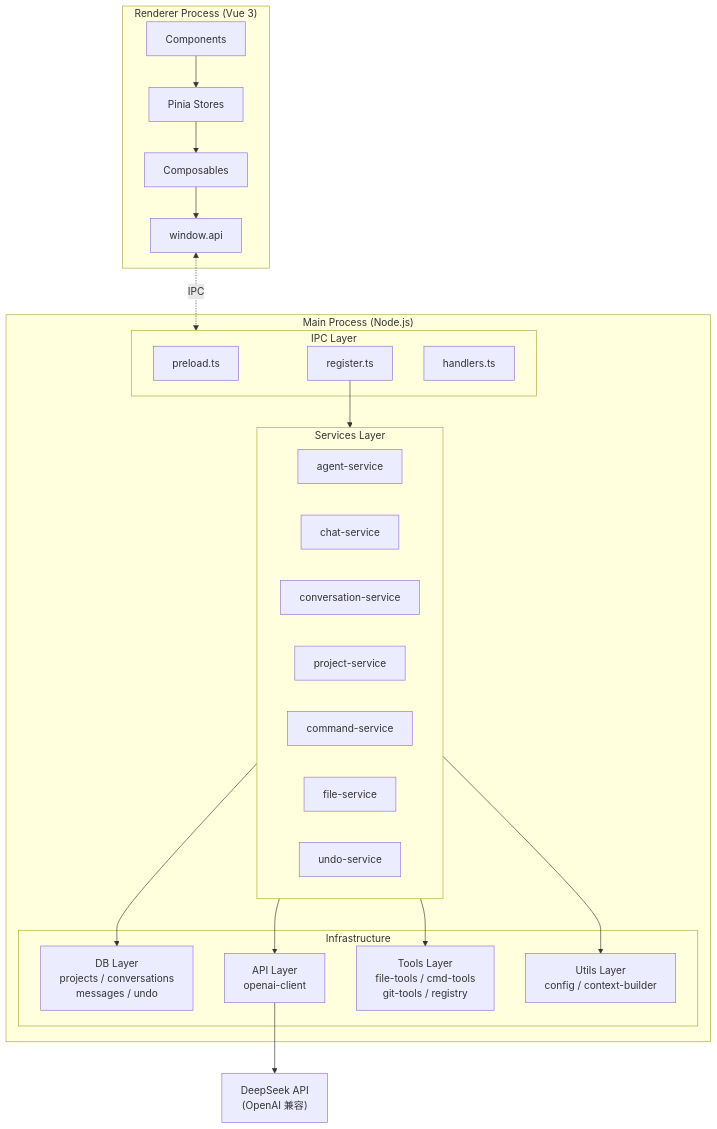
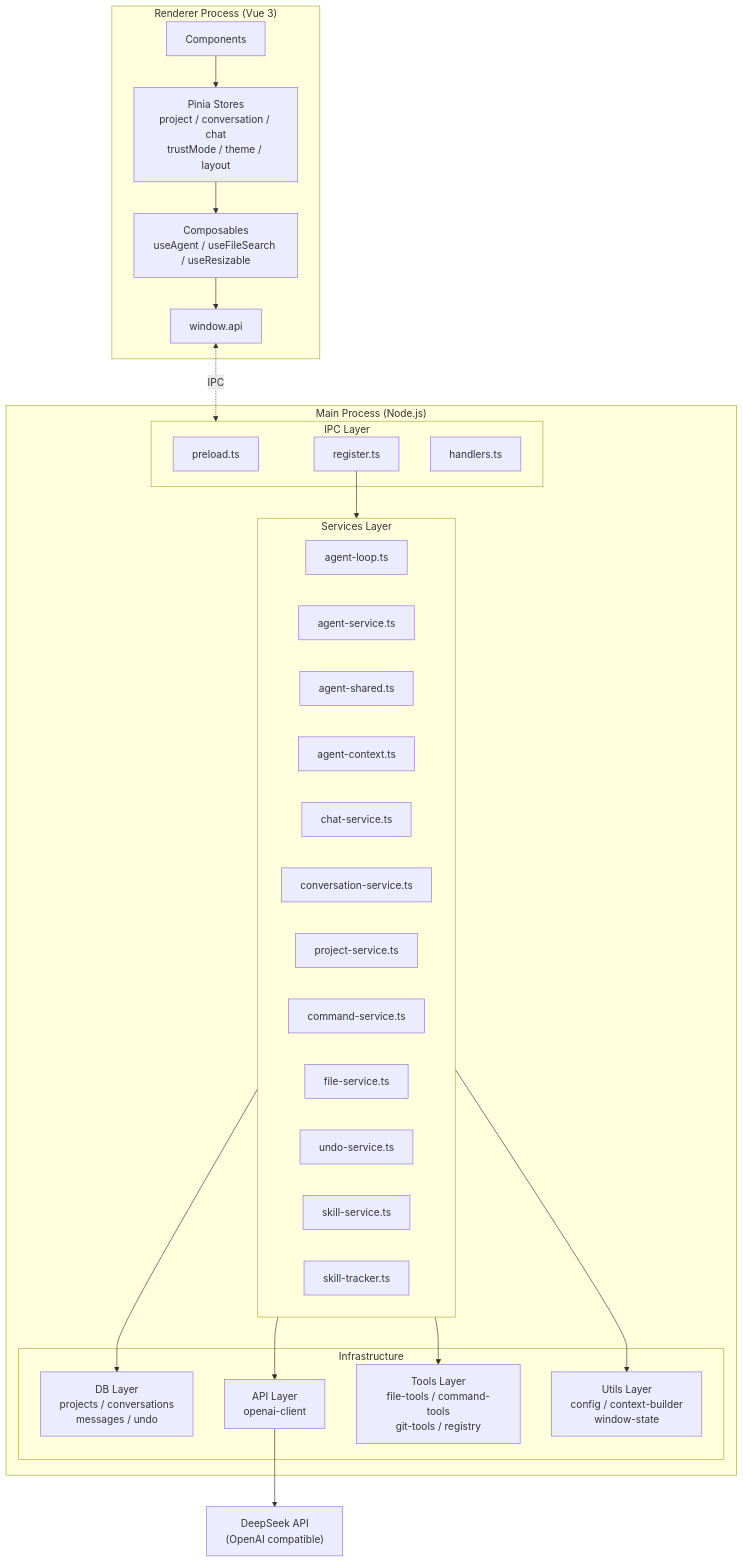
The first of 6 diagrams in docs/architecture.md (XieZehuai/my-coding-agent), drawn with Mermaid before and after one commit. The commit also changed other lines of this file and 22 other files, not shown here.

````diff
--- a/docs/architecture.md
+++ b/docs/architecture.md
@@ -5,43 +5,48 @@
 ```mermaid
 graph TB
     subgraph Renderer["Renderer Process (Vue 3)"]
-        Components["Components"] --> Stores["Pinia Stores"]
-        Stores --> Composable["Composables"]
+        Components["Components"] --> Stores["Pinia Stores<br/>project / conversation / chat<br/>trustMode / theme / layout"]
+        Stores --> Composable["Composables<br/>useAgent / useFileSearch / useResizable"]
         Composable --> API["window.api"]
     end
 
     subgraph Main["Main Process (Node.js)"]
         subgraph IPC["IPC Layer"]
             Preload["preload.ts"]
             Register["register.ts"]
             Handlers["handlers.ts"]
         end
 
         subgraph Services["Services Layer"]
-            AgentSvc["agent-service"]
-            ChatSvc["chat-service"]
-            ConvSvc["conversation-service"]
-            ProjSvc["project-service"]
-            CmdSvc["command-service"]
-            FileSvc["file-service"]
-            UndoSvc["undo-service"]
+            AgentLoop["agent-loop.ts"]
+            AgentSvc["agent-service.ts"]
+            AgentShared["agent-shared.ts"]
+            AgentCtx["agent-context.ts"]
+            ChatSvc["chat-service.ts"]
+            ConvSvc["conversation-service.ts"]
+            ProjSvc["project-service.ts"]
+            CmdSvc["command-service.ts"]
+            FileSvc["file-service.ts"]
+            UndoSvc["undo-service.ts"]
+            SkillSvc["skill-service.ts"]
+            SkillTrk["skill-tracker.ts"]
         end
 
         subgraph Infrastructure["Infrastructure"]
             DB["DB Layer<br/>projects / conversations<br/>messages / undo"]
             API2["API Layer<br/>openai-client"]
-            Tools["Tools Layer<br/>file-tools / cmd-tools<br/>git-tools / registry"]
-            Utils["Utils Layer<br/>config / context-builder"]
+            Tools["Tools Layer<br/>file-tools / command-tools<br/>git-tools / registry"]
+            Utils["Utils Layer<br/>config / context-builder<br/>window-state"]
         end
     end
 
     API <-.->|IPC| IPC
     Register --> Services
     Services --> DB
     Services --> API2
     Services --> Tools
     Services --> Utils
 
-    ExternalAPI["DeepSeek API<br/>(OpenAI 兼容)"]
+    ExternalAPI["DeepSeek API<br/>(OpenAI compatible)"]
     API2 --> ExternalAPI
 ```
````
